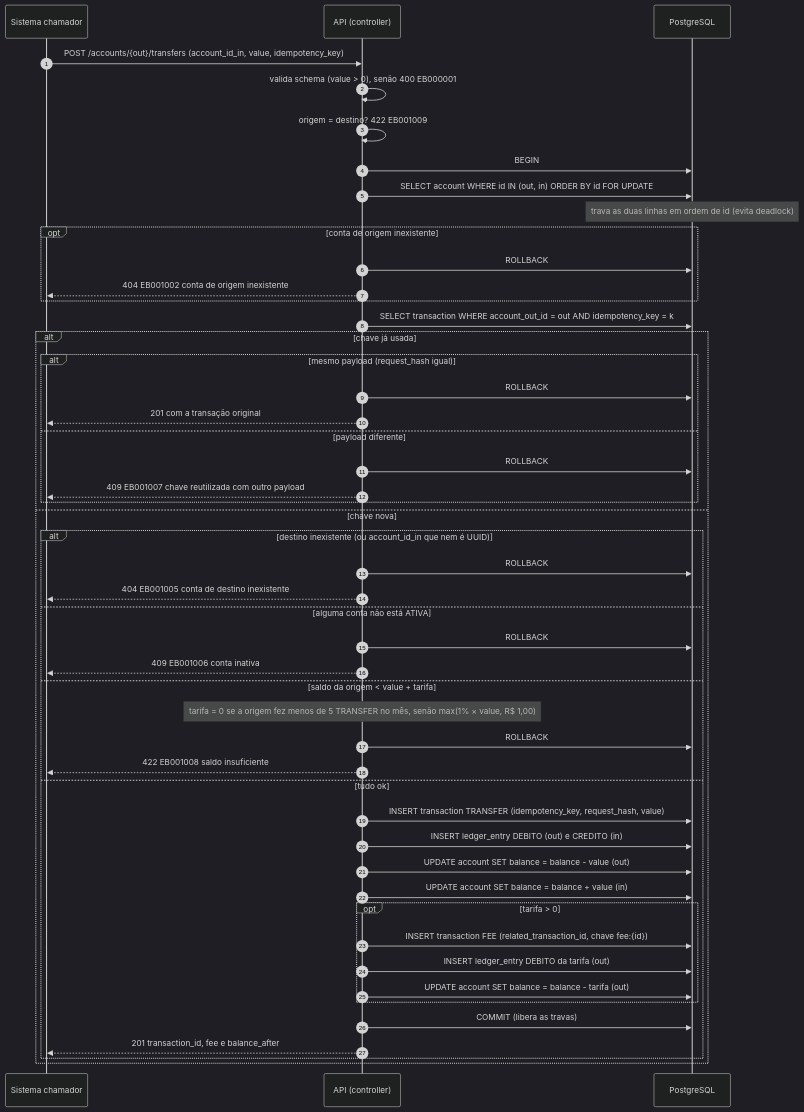
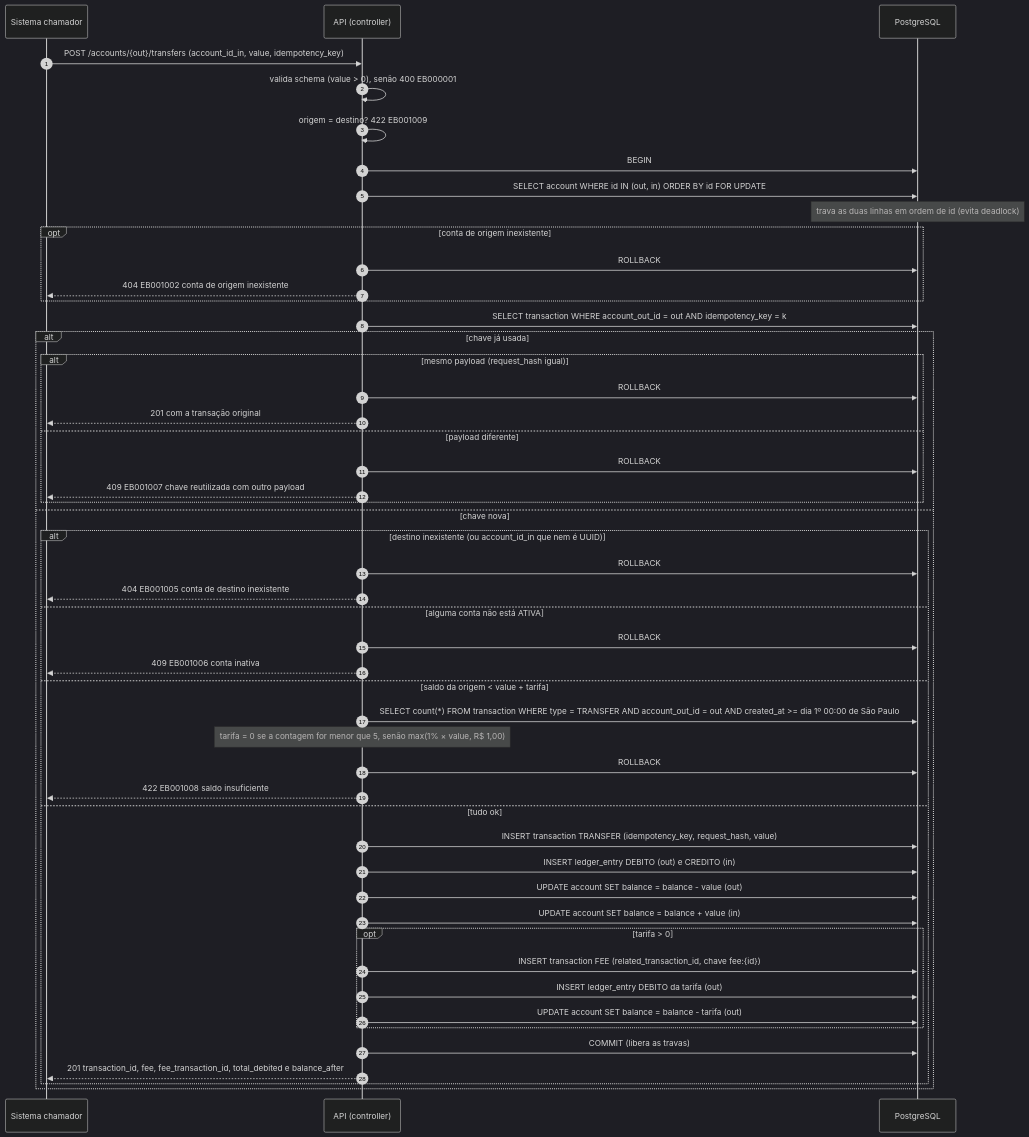
Before and after one commit to fernandobvm/bootcamp-qi-26-bankrepo: the seventh of 11 diagrams in bootcamp-rfc-modelo.md, drawn with Mermaid (dark theme).

Commit message:
Updated the bootcamp-rfc-modelo.md file

````diff
--- a/bootcamp-rfc-modelo.md
+++ b/bootcamp-rfc-modelo.md
@@ -325,52 +325,53 @@
 ```mermaid
 sequenceDiagram
     autonumber
     participant S as Sistema chamador
     participant API as API (controller)
     participant DB as PostgreSQL
 
     S->>API: POST /accounts/{out}/transfers (account_id_in, value, idempotency_key)
     API->>API: valida schema (value > 0), senão 400 EB000001
     API->>API: origem = destino? 422 EB001009
     API->>DB: BEGIN
     API->>DB: SELECT account WHERE id IN (out, in) ORDER BY id FOR UPDATE
     Note over DB: trava as duas linhas em ordem de id (evita deadlock)
     opt conta de origem inexistente
         API->>DB: ROLLBACK
         API-->>S: 404 EB001002 conta de origem inexistente
     end
     API->>DB: SELECT transaction WHERE account_out_id = out AND idempotency_key = k
     alt chave já usada
         alt mesmo payload (request_hash igual)
             API->>DB: ROLLBACK
             API-->>S: 201 com a transação original
         else payload diferente
             API->>DB: ROLLBACK
             API-->>S: 409 EB001007 chave reutilizada com outro payload
         end
     else chave nova
         alt destino inexistente (ou account_id_in que nem é UUID)
             API->>DB: ROLLBACK
             API-->>S: 404 EB001005 conta de destino inexistente
         else alguma conta não está ATIVA
             API->>DB: ROLLBACK
             API-->>S: 409 EB001006 conta inativa
         else saldo da origem < value + tarifa
-            Note over API: tarifa = 0 se a origem fez menos de 5 TRANSFER no mês, senão max(1% × value, R$ 1,00)
+            API->>DB: SELECT count(*) FROM transaction WHERE type = TRANSFER AND account_out_id = out AND created_at >= dia 1º 00:00 de São Paulo
+            Note over API: tarifa = 0 se a contagem for menor que 5, senão max(1% × value, R$ 1,00)
             API->>DB: ROLLBACK
             API-->>S: 422 EB001008 saldo insuficiente
         else tudo ok
             API->>DB: INSERT transaction TRANSFER (idempotency_key, request_hash, value)
             API->>DB: INSERT ledger_entry DEBITO (out) e CREDITO (in)
             API->>DB: UPDATE account SET balance = balance - value (out)
             API->>DB: UPDATE account SET balance = balance + value (in)
             opt tarifa > 0
                 API->>DB: INSERT transaction FEE (related_transaction_id, chave fee:{id})
                 API->>DB: INSERT ledger_entry DEBITO da tarifa (out)
                 API->>DB: UPDATE account SET balance = balance - tarifa (out)
             end
             API->>DB: COMMIT (libera as travas)
-            API-->>S: 201 transaction_id, fee e balance_after
+            API-->>S: 201 transaction_id, fee, fee_transaction_id, total_debited e balance_after
         end
     end
 ```
````
